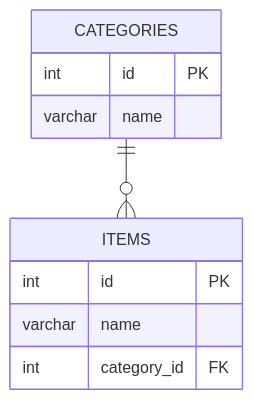
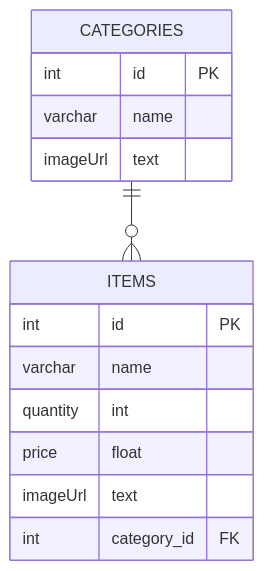
The second of 2 diagrams in README.md (ernestviola/inventory-application), drawn with Mermaid before and after one commit. The commit also changed other lines of this file and 8 other files, not shown here.

````diff
--- a/README.md
+++ b/README.md
@@ -38,15 +38,19 @@
 ```mermaid
 erDiagram
   CATEGORIES ||--o{ITEMS : ""
 
   CATEGORIES {
       int id PK
       varchar name
+      imageUrl text
   }
 
   ITEMS {
      int id PK
      varchar name
+     quantity int
+     price float
+     imageUrl text
      int category_id FK
   }
 ```
````
